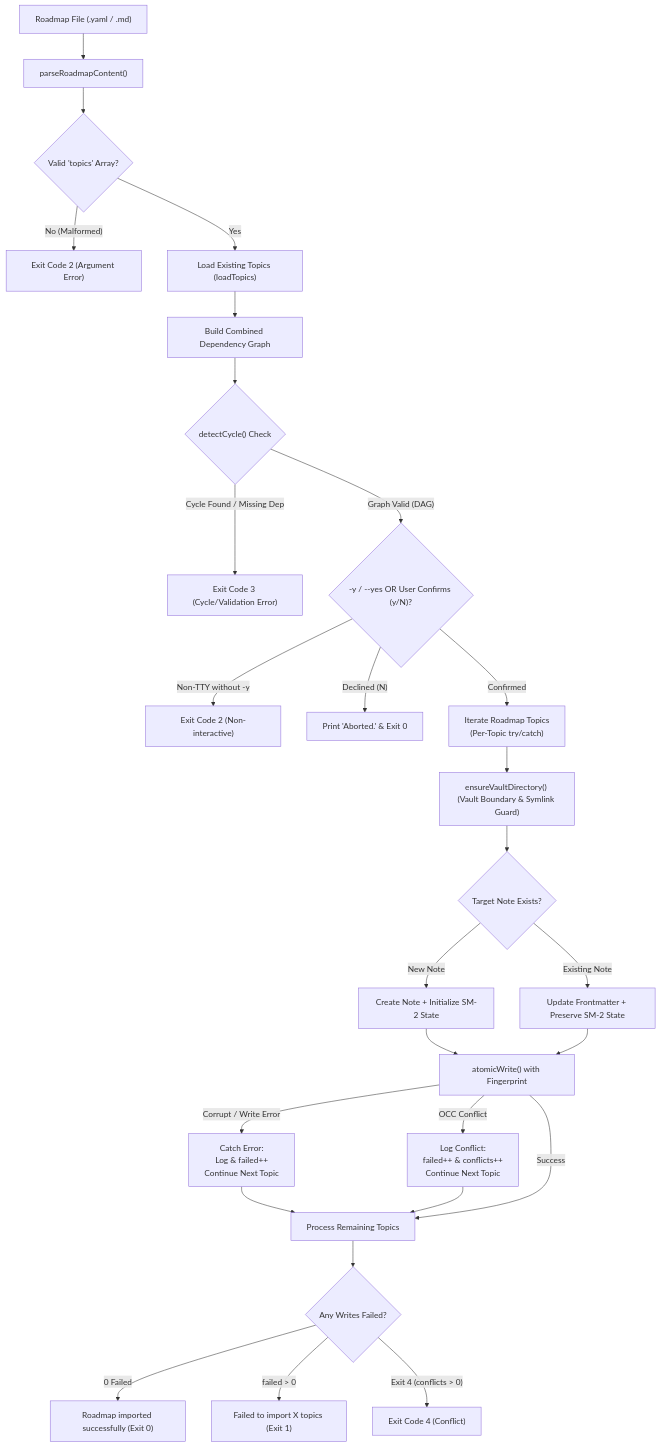
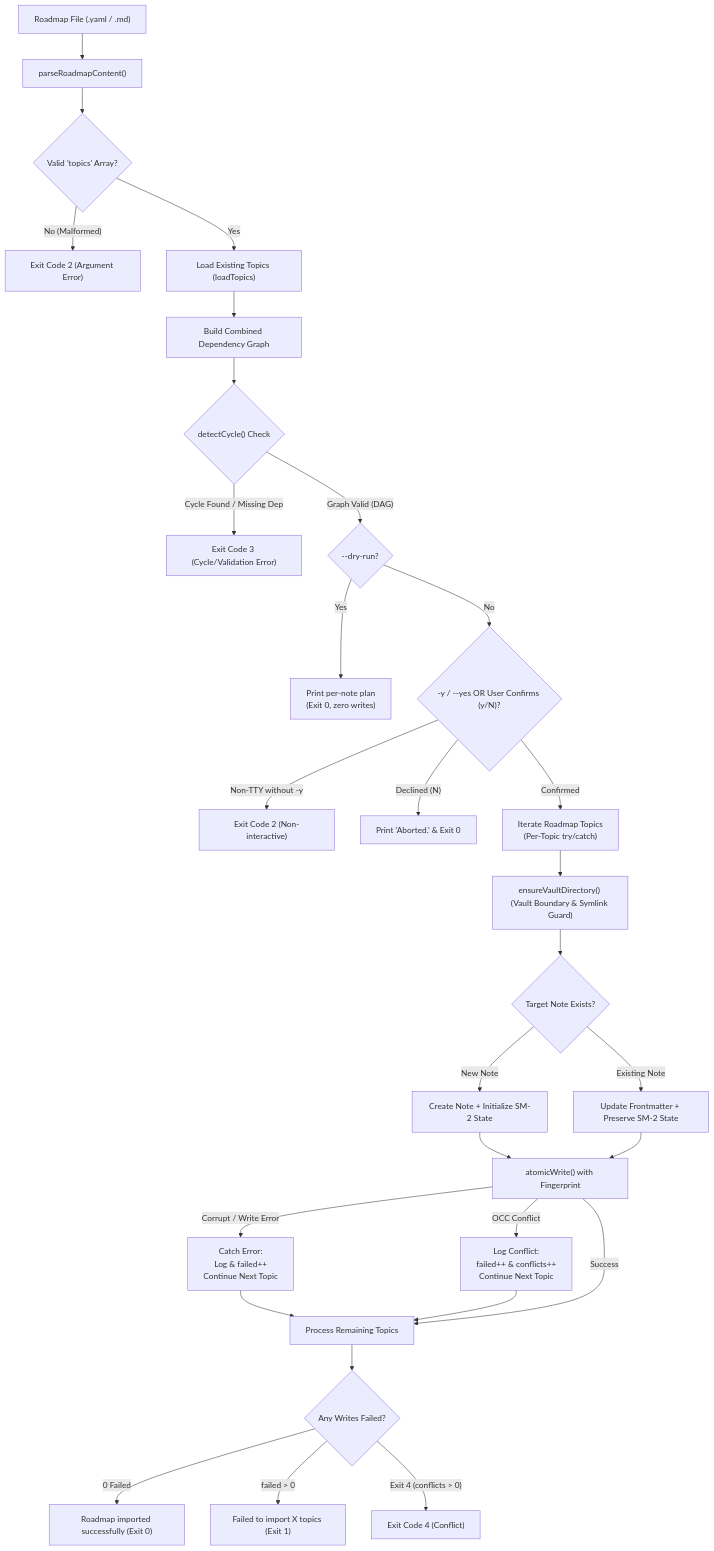
The second of 2 diagrams in docs/02-1-topic-management-commands.md (Kuldeep2822k/cli), drawn with Mermaid before and after one commit. The commit also changed other lines of this file and 5 other files, not shown here.

````diff
--- a/docs/02-1-topic-management-commands.md
+++ b/docs/02-1-topic-management-commands.md
@@ -287,35 +288,37 @@
 ```mermaid
 flowchart TD
     RoadmapFile["Roadmap File (.yaml / .md)"] --> Parser["parseRoadmapContent()"]
     Parser --> ValidStruct{"Valid 'topics' Array?"}
     
     ValidStruct -->|"No (Malformed)"| ErrStruct["Exit Code 2 (Argument Error)"]
     ValidStruct -->|"Yes"| LoadExisting["Load Existing Topics (loadTopics)"]
     
     LoadExisting --> GraphBuild["Build Combined Dependency Graph"]
     GraphBuild --> CycleCheck{"detectCycle() Check"}
     
     CycleCheck -->|"Cycle Found / Missing Dep"| ErrCycle["Exit Code 3 (Cycle/Validation Error)"]
-    CycleCheck -->|"Graph Valid (DAG)"| PromptCheck{"-y / --yes OR User Confirms (y/N)?"}
+    CycleCheck -->|"Graph Valid (DAG)"| DryRun{"--dry-run?"}
+    DryRun -->|"Yes"| PlanPrint["Print per-note plan<br/>(Exit 0, zero writes)"]
+    DryRun -->|"No"| PromptCheck{"-y / --yes OR User Confirms (y/N)?"}
     
     PromptCheck -->|"Non-TTY without -y"| ErrTTY["Exit Code 2 (Non-interactive)"]
     PromptCheck -->|"Declined (N)"| Abort["Print 'Aborted.' & Exit 0"]
     PromptCheck -->|"Confirmed"| ImportLoop["Iterate Roadmap Topics<br/>(Per-Topic try/catch)"]
     
     ImportLoop --> DirCheck["ensureVaultDirectory() (Vault Boundary & Symlink Guard)"]
     DirCheck --> PathCheck{"Target Note Exists?"}
     PathCheck -->|"New Note"| CreateNote["Create Note + Initialize SM-2 State"]
     PathCheck -->|"Existing Note"| UpdateNote["Update Frontmatter + Preserve SM-2 State"]
     
     CreateNote & UpdateNote --> AtomicOp["atomicWrite() with Fingerprint"]
     AtomicOp -->|"Corrupt / Write Error"| CatchErr["Catch Error:<br/>Log & failed++<br/>Continue Next Topic"]
     AtomicOp -->|"OCC Conflict"| CatchOCC["Log Conflict:<br/>failed++ & conflicts++<br/>Continue Next Topic"]
     CatchErr --> NextTopic["Process Remaining Topics"]
     CatchOCC --> NextTopic
     AtomicOp -->|"Success"| NextTopic
     NextTopic --> FinalResult{"Any Writes Failed?"}
     
     FinalResult -->|"0 Failed"| Success["Roadmap imported successfully (Exit 0)"]
     FinalResult -->|"failed > 0"| PartialFail["Failed to import X topics (Exit 1)"]
     FinalResult -->|"Exit 4 (conflicts > 0)"| ConflictExit["Exit Code 4 (Conflict)"]
 ```
````
